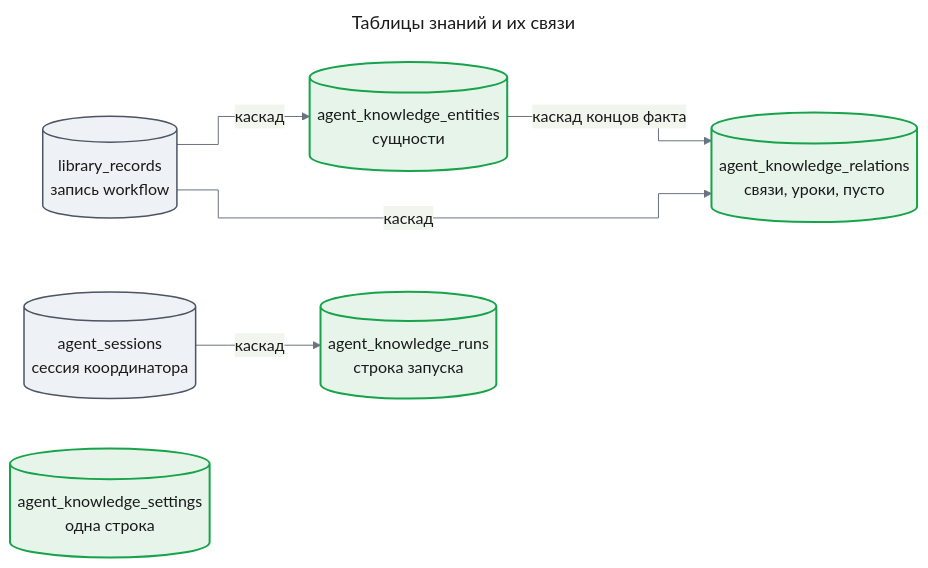
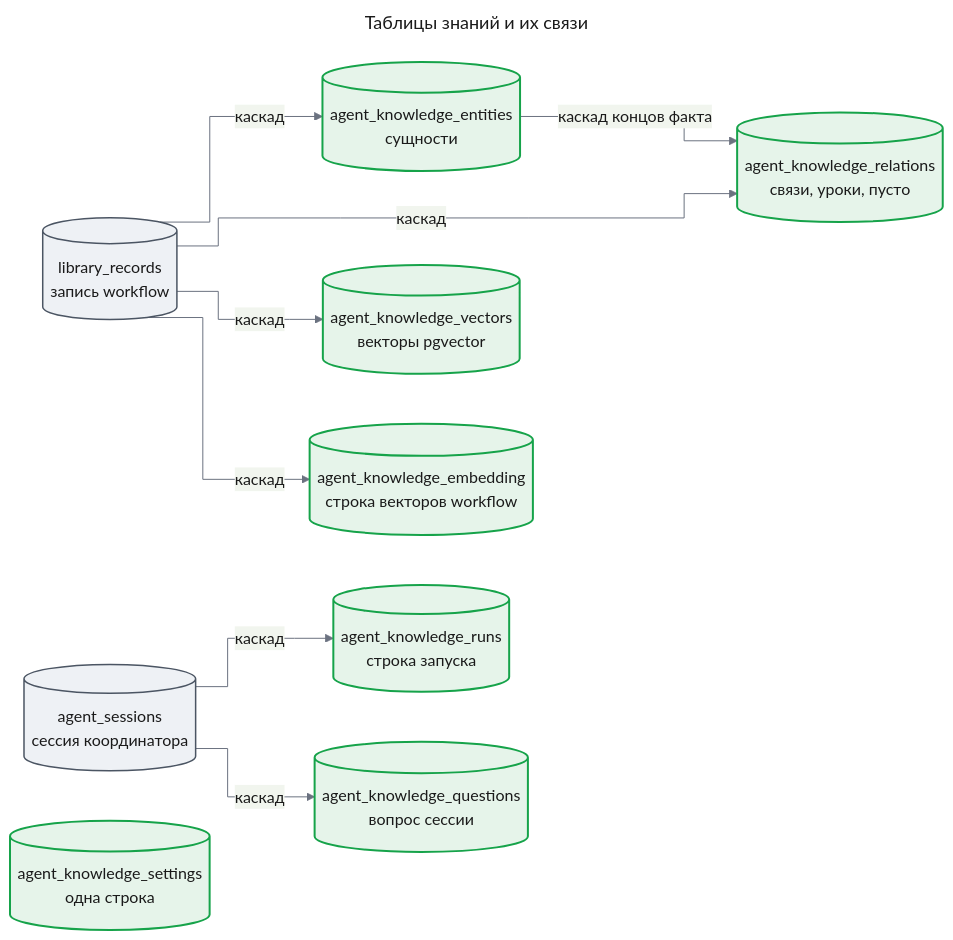
Before and after one commit to tundraray/agent-os: the tenth of 11 diagrams in docs/features/self-learning/design-core.md, drawn with Mermaid. The commit also changed other lines of this file, not shown here.

````diff
--- a/docs/features/self-learning/design-core.md
+++ b/docs/features/self-learning/design-core.md
@@ -720,30 +857,36 @@
 ```mermaid
 ---
 title: "Таблицы знаний и их связи"
 config:
   theme: base
   look: classic
   themeVariables:
     primaryColor: "#eef1f5"
     primaryBorderColor: "#4b5563"
     primaryTextColor: "#1a1a1a"
     lineColor: "#6b7280"
   flowchart:
     curve: step
 ---
 flowchart LR
     rec[("library_records<br/>запись workflow")]
     ent[("agent_knowledge_entities<br/>сущности")]
     rel[("agent_knowledge_relations<br/>связи, уроки, пусто")]
     ses[("agent_sessions<br/>сессия координатора")]
     run[("agent_knowledge_runs<br/>строка запуска")]
     set[("agent_knowledge_settings<br/>одна строка")]
+    vec[("agent_knowledge_vectors<br/>векторы pgvector")]
+    emb[("agent_knowledge_embedding<br/>строка векторов workflow")]
+    que[("agent_knowledge_questions<br/>вопрос сессии")]
     rec -->|"каскад"| ent
     rec -->|"каскад"| rel
     ent -->|"каскад концов факта"| rel
     ses -->|"каскад"| run
+    rec -->|"каскад"| vec
+    rec -->|"каскад"| emb
+    ses -->|"каскад"| que
     classDef new fill:#e6f4ea,stroke:#16a34a,stroke-width:2px,color:#1a1a1a
     classDef unchanged fill:#eef1f5,stroke:#4b5563,stroke-width:1.5px,color:#1a1a1a
-    class ent,rel,run,set new
+    class ent,rel,run,set,vec,emb,que new
     class rec,ses unchanged
 ```
````
